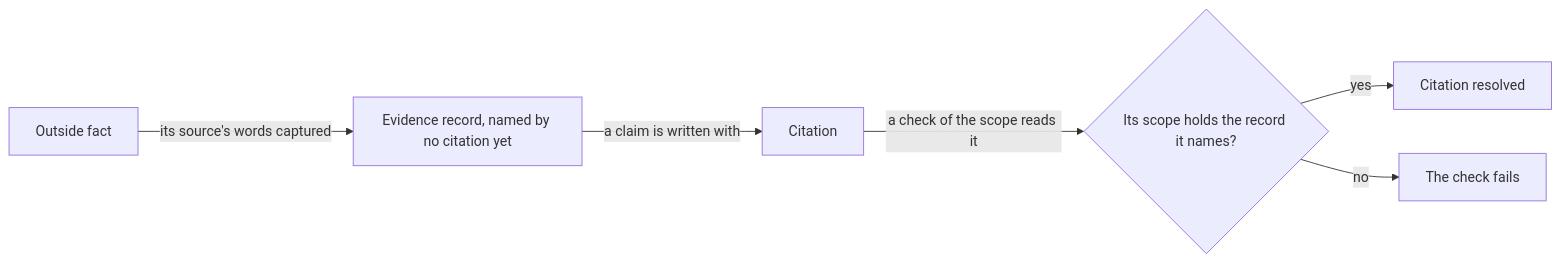
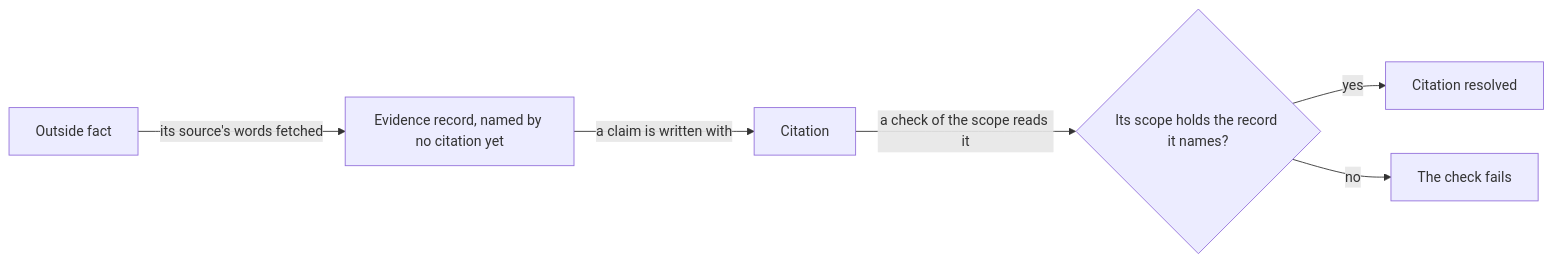
One commit to aleskalfas/project-kit changed the second of 2 diagrams in tech-docs/analysis/evidence/domain-model/010-outside-facts-and-citations.md. Above: the diagram before and after it, drawn with Mermaid. The commit also changed other lines of this file and 2 other files, not shown here.

First line of the commit message:
docs(analysis): evidence's analysis meets the writing rules

````diff
--- a/tech-docs/analysis/evidence/domain-model/010-outside-facts-and-citations.md
+++ b/tech-docs/analysis/evidence/domain-model/010-outside-facts-and-citations.md
@@ -50,10 +50,10 @@
 ```mermaid
 flowchart LR
   accTitle: How a claim comes to be grounded
-  accDescr: The words of the source of an outside fact are captured as an evidence record of a scope, which no citation names yet. A claim is written with a citation of that record. A check of the scope reads each citation. A citation that names a record of its scope is resolved, and one that names none fails the check.
-  F[Outside fact] -->|its source's words captured| R[Evidence record, named by no citation yet]
+  accDescr: The words of the source of an outside fact are fetched into an evidence record of a scope, which no citation names yet. A claim is written with a citation of that record. A check of the scope reads each citation. A citation that names a record of its scope is resolved, and one that names none fails the check.
+  F[Outside fact] -->|its source's words fetched| R[Evidence record, named by no citation yet]
   R -->|a claim is written with| C[Citation]
   C -->|a check of the scope reads it| K{Its scope holds the record it names?}
   K -->|yes| OK[Citation resolved]
   K -->|no| X[The check fails]
 ```
````
